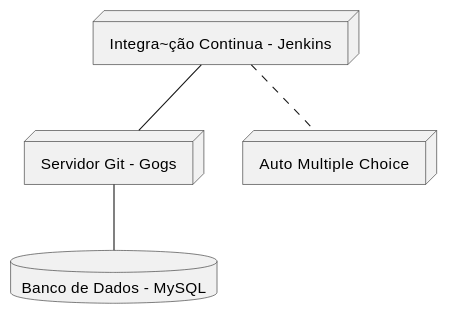
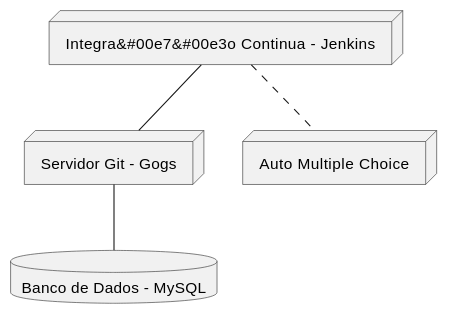
One commit to IFBAEunapolis/simulados changed the diagram in INDEX.md. Above: the diagram before and after it, drawn with PlantUML.

```diff
--- a/INDEX.md
+++ b/INDEX.md
@@ -3,12 +3,12 @@
 {% plantuml %}
 @startuml
-node "Integra~ção Continua - Jenkins" as jenkins
+node "Integra&#00e7&#00e3o Continua - Jenkins" as jenkins
 node "Servidor Git - Gogs" as gogs
 database "Banco de Dados  - MySQL" as mysql
 node "Auto Multiple Choice" as amc
 jenkins -- gogs
 gogs -- mysql
 jenkins .. amc
 
 @enduml
 {% endplantuml %}
```
